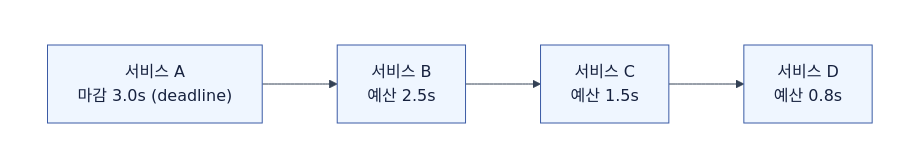
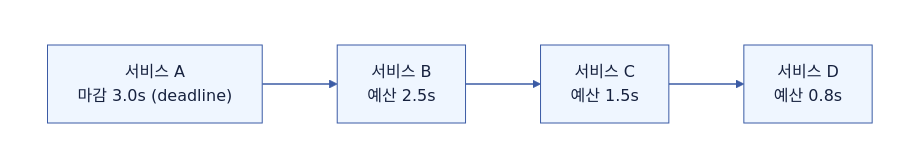
Before and after one commit to Hyune-s-lab/my-ai-study: the fourth of 8 diagrams in computer-science/2606-모의면접-timeout.md, drawn with Mermaid. The commit also changed other lines of this file and 28 other files, not shown here.

Commit message:
docs: Mermaid 호환성과 문서 가독성 개선

````diff
--- a/computer-science/2606-모의면접-timeout.md
+++ b/computer-science/2606-모의면접-timeout.md
@@ -235,31 +204,23 @@
 ```mermaid
----
-config:
-  theme: base
-  darkMode: false
-  themeVariables:
-    background: "#ffffff"
-    primaryColor: "#ffffff"
-    primaryTextColor: "#111827"
-    primaryBorderColor: "#475569"
-    lineColor: "#334155"
-    edgeLabelBackground: "#ffffff"
----
 flowchart LR
+%%{init: {"theme": "base", "darkMode": false, "themeVariables": {"background": "#ffffff", "primaryColor": "#EFF6FF", "primaryTextColor": "#16213E", "primaryBorderColor": "#3B5BA5", "secondaryColor": "#F0FDF4", "tertiaryColor": "#FAF5FF", "lineColor": "#3B5BA5", "textColor": "#16213E", "edgeLabelBackground": "#ffffff", "clusterBkg": "#F8FAFC", "clusterBorder": "#CBD5E1"}}}%%
   subgraph canvas[" "]
     direction LR
-
-    a["서비스 A\n마감 3.0s (deadline)"]
-    b["서비스 B\n예산 2.5s"]
-    c["서비스 C\n예산 1.5s"]
-    d["서비스 D\n예산 0.8s"]
-
+  
+    a["서비스 A<br/>마감 3.0s (deadline)"]
+    b["서비스 B<br/>예산 2.5s"]
+    c["서비스 C<br/>예산 1.5s"]
+    d["서비스 D<br/>예산 0.8s"]
+  
     a --> b
     b --> c
     c --> d
   end
-
+  style canvas fill:#ffffff,stroke:#ffffff,color:#111827
+  linkStyle default stroke:#3B5BA5,stroke-width:1.5px
   classDef app fill:#EFF6FF,stroke:#3B5BA5,stroke-width:1px,color:#16213E
   class a,b,c,d app
-  style canvas fill:#ffffff,stroke:#ffffff,stroke-width:0px,color:#111827
+  classDef db fill:#F0FDF4,stroke:#3F8E55,stroke-width:1px,color:#16213E
+  classDef policy fill:#FAF5FF,stroke:#A855F7,stroke-width:1px,color:#16213E
+  classDef worker fill:#FFF7ED,stroke:#C98A2B,stroke-width:1px,color:#16213E
 ```
````
